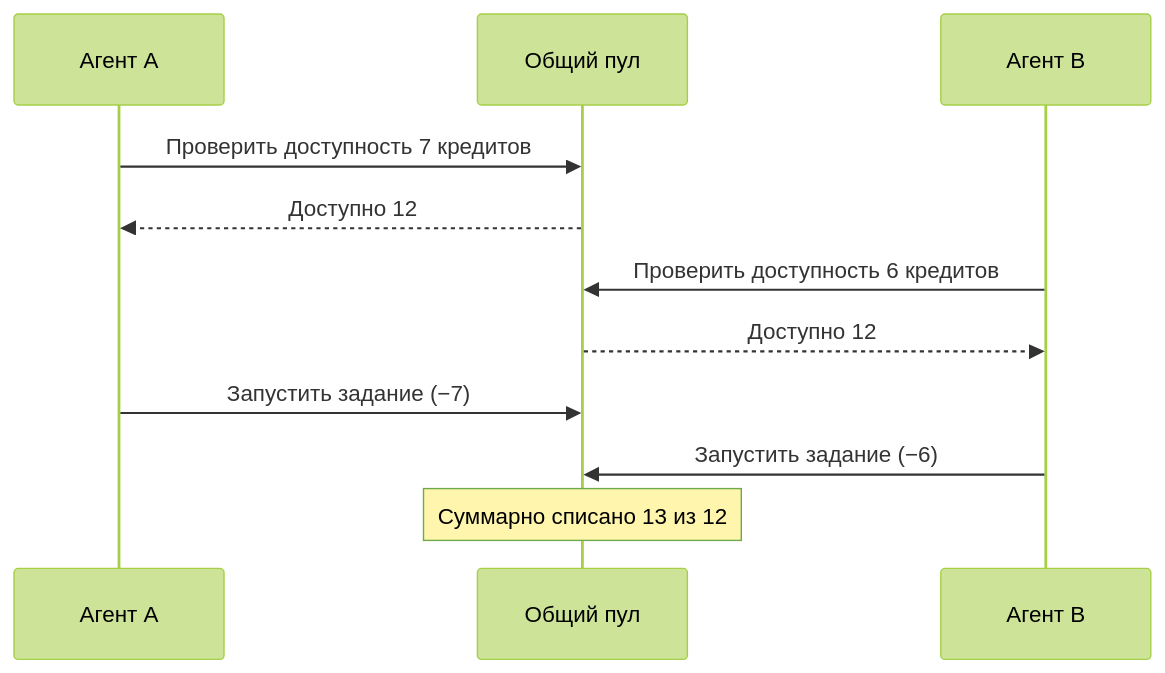
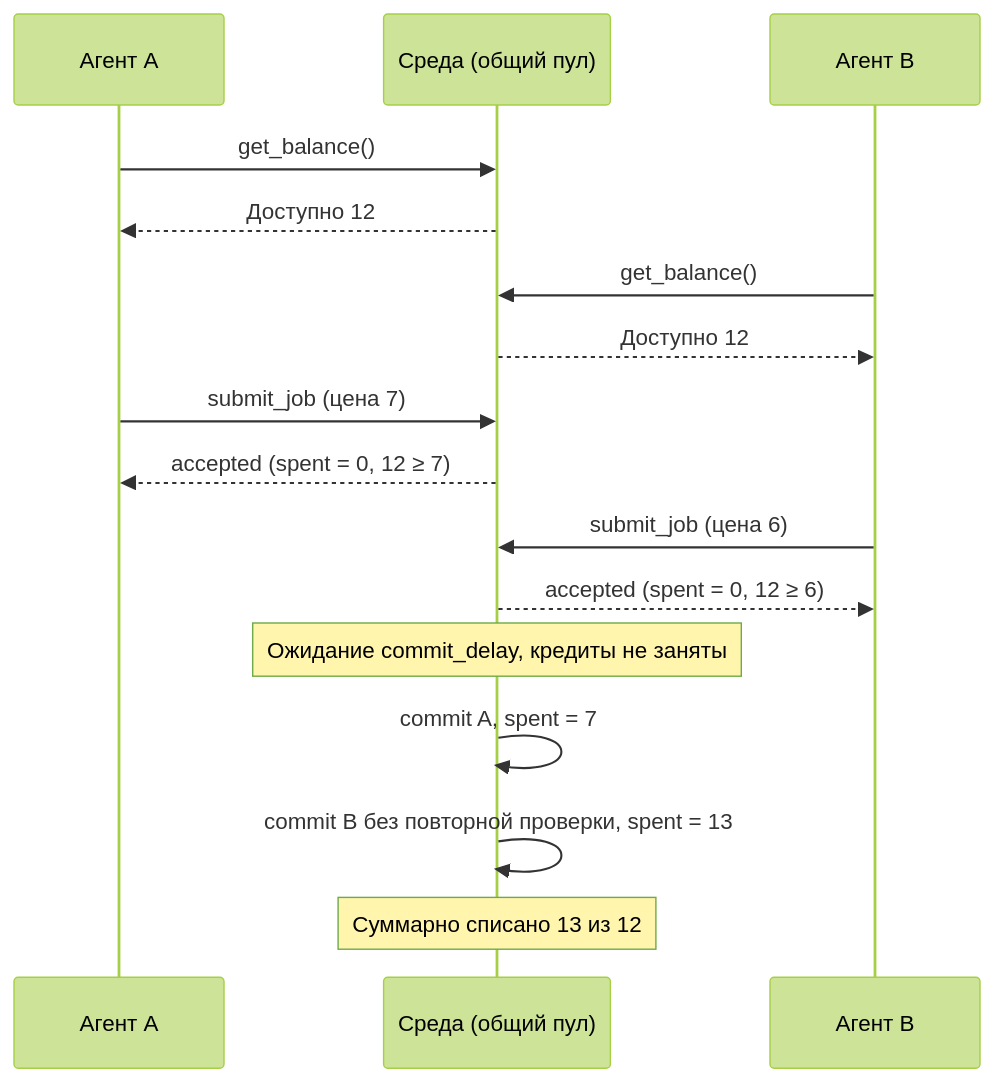
The diagram in docs/proposal.md (revlze/projectD), drawn with Mermaid (forest theme) before and after one commit.

Commit message:
docs(proposal): show delayed commit in race diagram

````diff
--- a/docs/proposal.md
+++ b/docs/proposal.md
@@ -13,13 +13,18 @@
 ```mermaid
 sequenceDiagram
     participant A as Агент A
-    participant P as Общий пул
+    participant P as Среда (общий пул)
     participant B as Агент B
-    A->>P: Проверить доступность 7 кредитов
+    A->>P: get_balance()
     P-->>A: Доступно 12
-    B->>P: Проверить доступность 6 кредитов
+    B->>P: get_balance()
     P-->>B: Доступно 12
-    A->>P: Запустить задание (−7)
-    B->>P: Запустить задание (−6)
+    A->>P: submit_job (цена 7)
+    P-->>A: accepted (spent = 0, 12 ≥ 7)
+    B->>P: submit_job (цена 6)
+    P-->>B: accepted (spent = 0, 12 ≥ 6)
+    Note over P: Ожидание commit_delay, кредиты не заняты
+    P->>P: commit A, spent = 7
+    P->>P: commit B без повторной проверки, spent = 13
     Note over P: Суммарно списано 13 из 12
 ```
````
